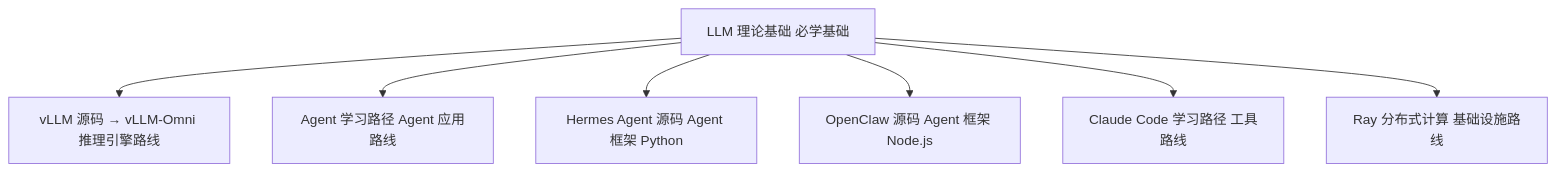
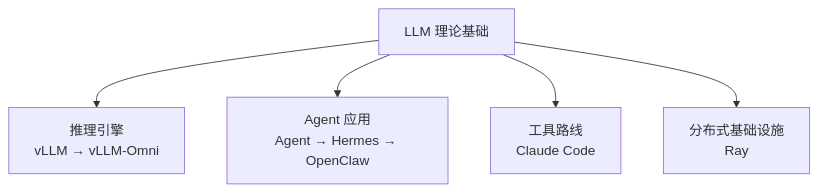
One commit to keyuanweb/ai-learning-path changed the second of 2 diagrams in README.md. Above: the diagram before and after it, drawn with Mermaid. The commit also changed other lines of this file, not shown here.

First line of the commit message:
docs: compact README Mermaid diagrams for readability

````diff
--- a/README.md
+++ b/README.md
@@ -164,10 +170,8 @@
 ```mermaid
 flowchart TD
-  base["LLM 理论基础 必学基础"]
-  base --> eng["vLLM 源码 → vLLM-Omni 推理引擎路线"]
-  base --> agentPath["Agent 学习路径 Agent 应用路线"]
-  base --> hermes["Hermes Agent 源码 Agent 框架 Python"]
-  base --> openclaw["OpenClaw 源码 Agent 框架 Node.js"]
-  base --> claude["Claude Code 学习路径 工具路线"]
-  base --> ray["Ray 分布式计算 基础设施路线"]
+  base[LLM 理论基础]
+  base --> eng[推理引擎<br/>vLLM → vLLM-Omni]
+  base --> agent[Agent 应用<br/>Agent → Hermes → OpenClaw]
+  base --> tool[工具路线<br/>Claude Code]
+  base --> ray[分布式基础设施<br/>Ray]
 ```
````
